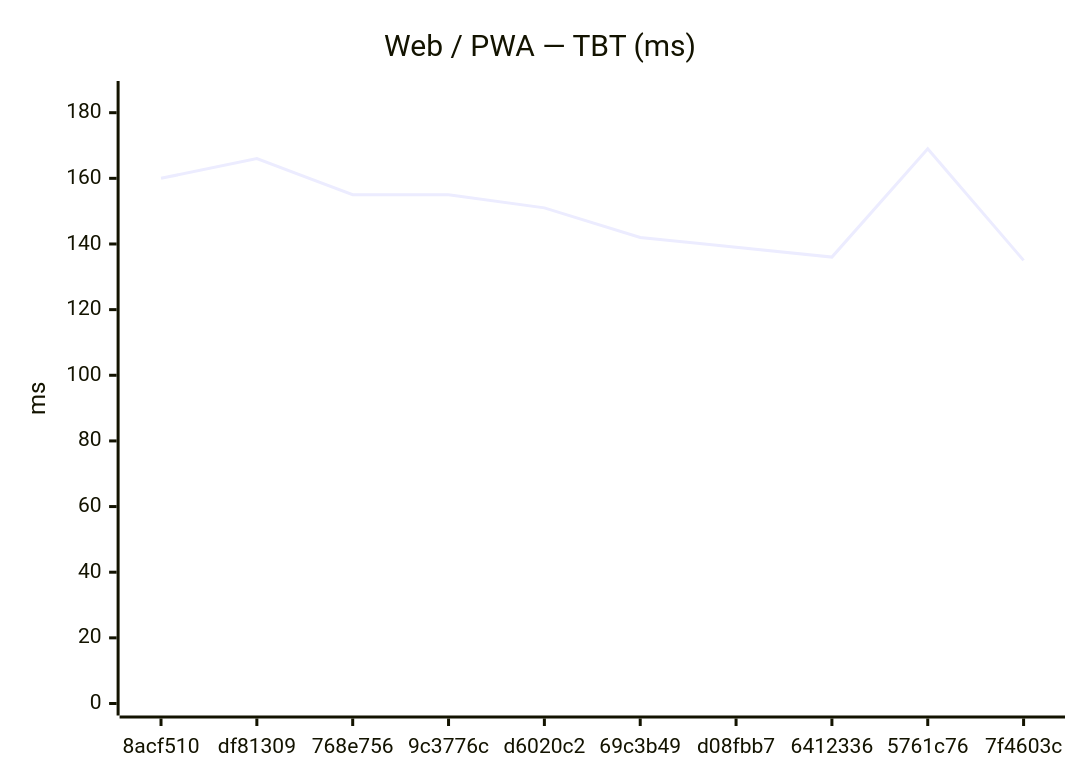
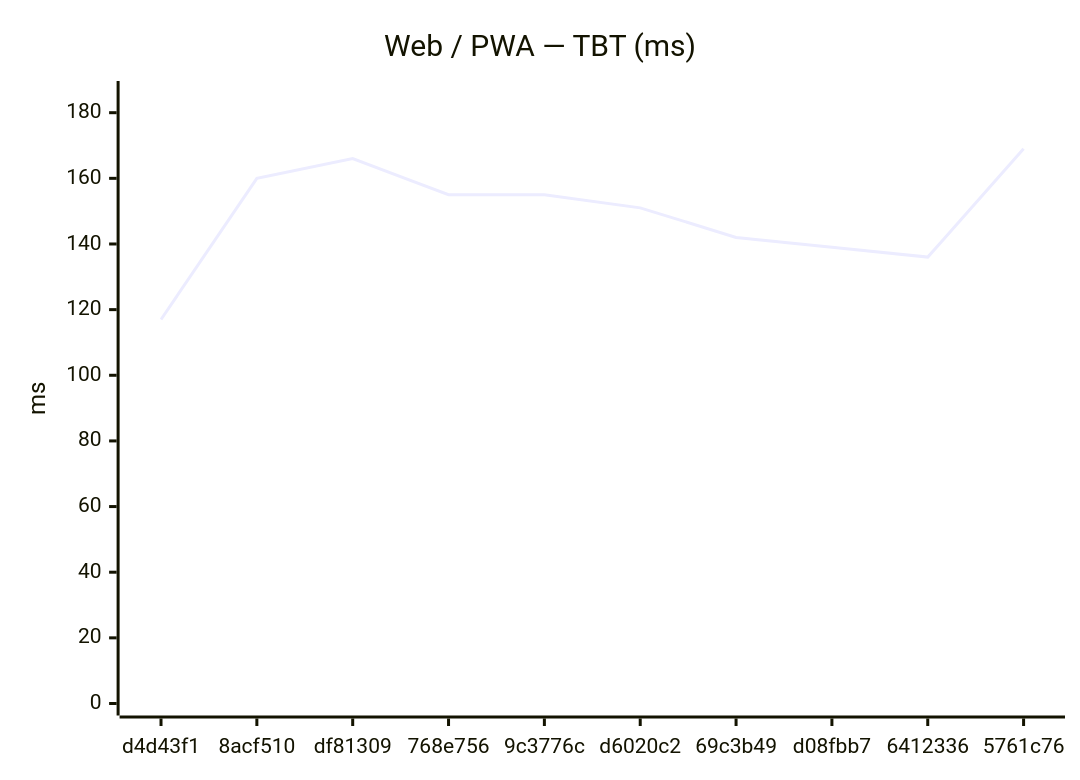
Before and after one commit to Metaheurist/Rianell: the second of 18 diagrams in benchmarks/compare.md, drawn with Mermaid. The commit also changed other lines of this file and 11 other files, not shown here.

````diff
--- a/benchmarks/compare.md
+++ b/benchmarks/compare.md
@@ -31,7 +31,7 @@
 ```mermaid
 xychart-beta
     title "Web / PWA — TBT (ms)"
-    x-axis ["8acf510", "df81309", "768e756", "9c3776c", "d6020c2", "69c3b49", "d08fbb7", "6412336", "5761c76", "7f4603c"]
+    x-axis ["d4d43f1", "8acf510", "df81309", "768e756", "9c3776c", "d6020c2", "69c3b49", "d08fbb7", "6412336", "5761c76"]
     y-axis "ms" 0 --> 186
-    line [160, 166, 155, 155, 151, 142, 139, 136, 169, 135]
+    line [117, 160, 166, 155, 155, 151, 142, 139, 136, 169]
 ```
````
